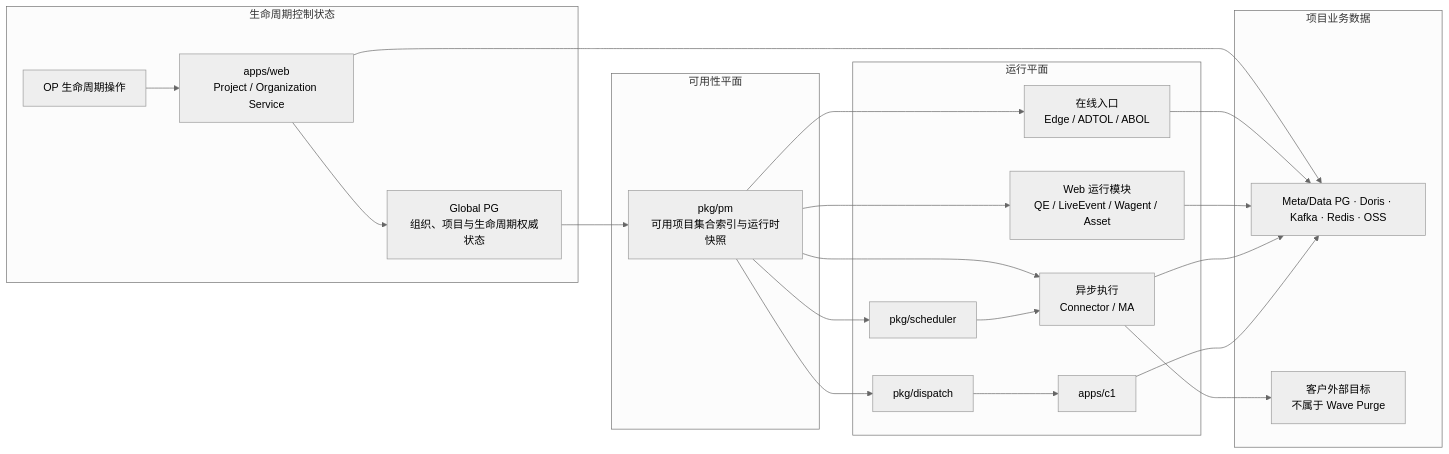
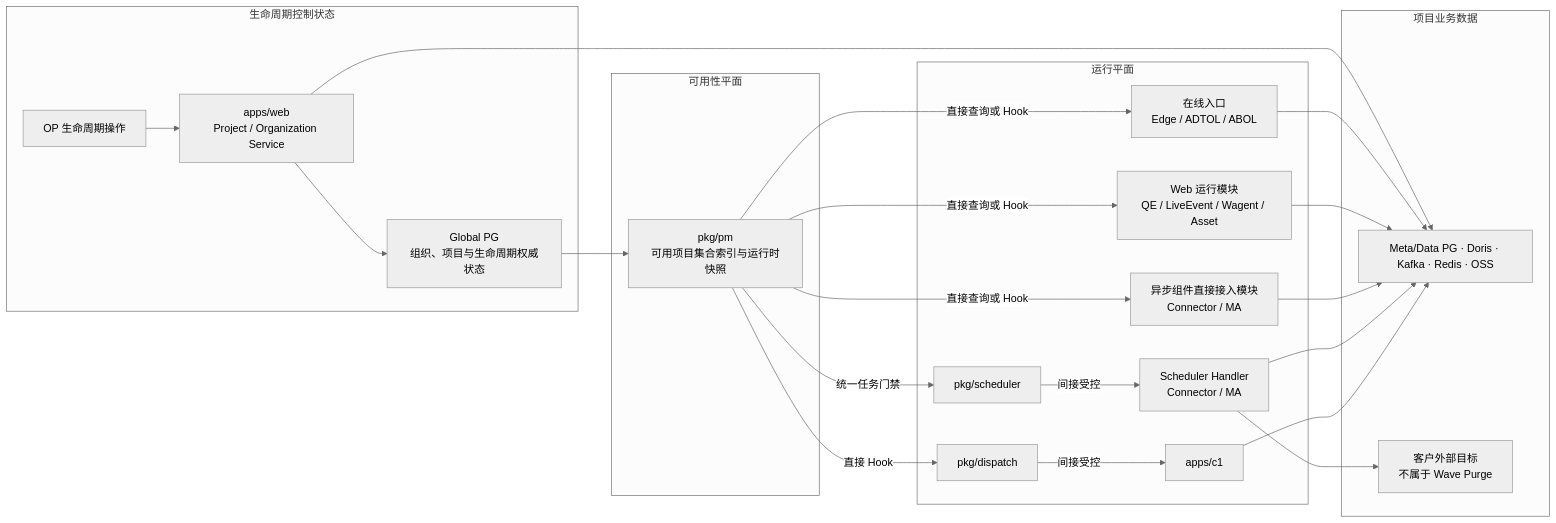
Before and after one commit to qinwenshiCH/workflow: the second of 22 diagrams in specs/20260716-Wave-Refac-OrganizationProjectLifecycle/04-detail.md, drawn with Mermaid (neutral theme). The commit also changed other lines of this file and 5 other files, not shown here.

````diff
--- a/specs/20260716-Wave-Refac-OrganizationProjectLifecycle/04-detail.md
+++ b/specs/20260716-Wave-Refac-OrganizationProjectLifecycle/04-detail.md
@@ -88,40 +90,42 @@
 ```mermaid
 flowchart LR
     subgraph Control["生命周期控制状态"]
         OP["OP 生命周期操作"] --> WebCtl["apps/web<br/>Project / Organization Service"]
         WebCtl --> Global["Global PG<br/>组织、项目与生命周期权威状态"]
     end
 
     subgraph Availability["可用性平面"]
         PM["pkg/pm<br/>可用项目集合索引与运行时快照"]
     end
 
     subgraph Runtime["运行平面"]
         Entry["在线入口<br/>Edge / ADTOL / ABOL"]
         WebRun["Web 运行模块<br/>QE / LiveEvent / Wagent / Asset"]
+        AsyncHook["异步组件直接接入模块<br/>Connector / MA"]
         Scheduler["pkg/scheduler"]
-        Async["异步执行<br/>Connector / MA"]
+        AsyncWorker["Scheduler Handler<br/>Connector / MA"]
         Dispatch["pkg/dispatch"]
         C1["apps/c1"]
     end
 
     subgraph Data["项目业务数据"]
         Stores["Meta/Data PG · Doris · Kafka · Redis · OSS"]
         External["客户外部目标<br/>不属于 Wave Purge"]
     end
 
     Global --> PM
-    PM --> Entry
-    PM --> WebRun
-    PM --> Scheduler
-    PM --> Async
-    PM --> Dispatch
-    Scheduler --> Async
-    Dispatch --> C1
+    PM -->|"直接查询或 Hook"| Entry
+    PM -->|"直接查询或 Hook"| WebRun
+    PM -->|"直接查询或 Hook"| AsyncHook
+    PM -->|"统一任务门禁"| Scheduler
+    PM -->|"直接 Hook"| Dispatch
+    Scheduler -->|"间接受控"| AsyncWorker
+    Dispatch -->|"间接受控"| C1
     WebCtl --> Stores
     Entry --> Stores
     WebRun --> Stores
-    Async --> Stores
-    Async --> External
+    AsyncHook --> Stores
+    AsyncWorker --> Stores
+    AsyncWorker --> External
     C1 --> Stores
 ```
````
